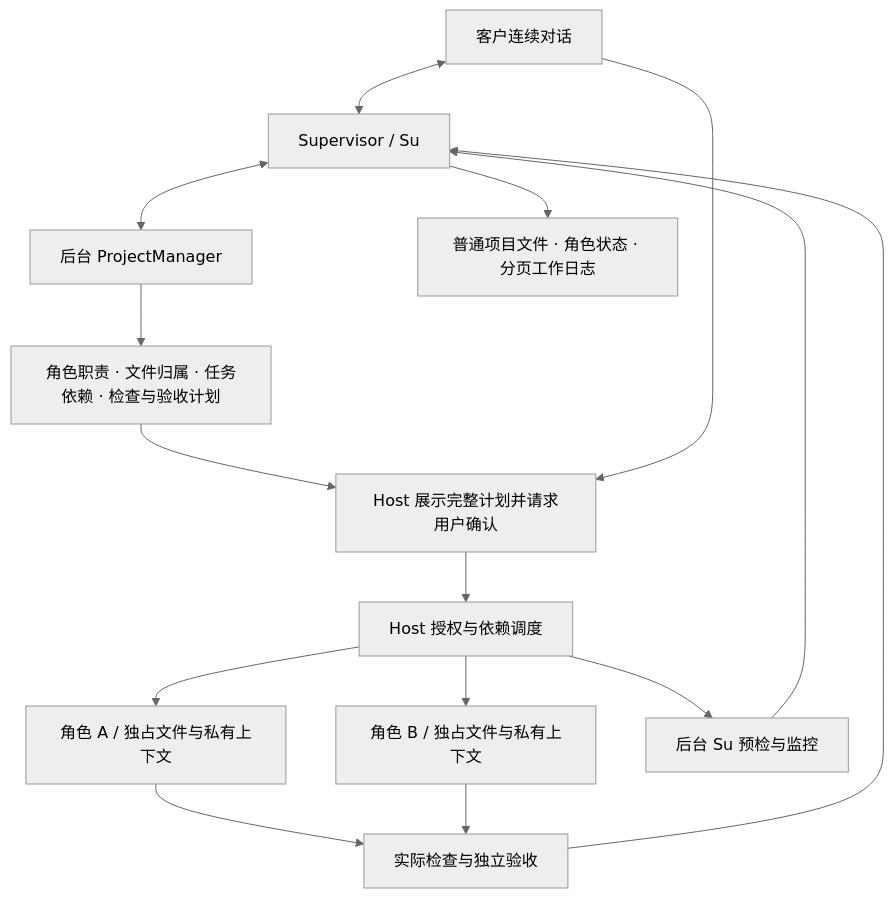
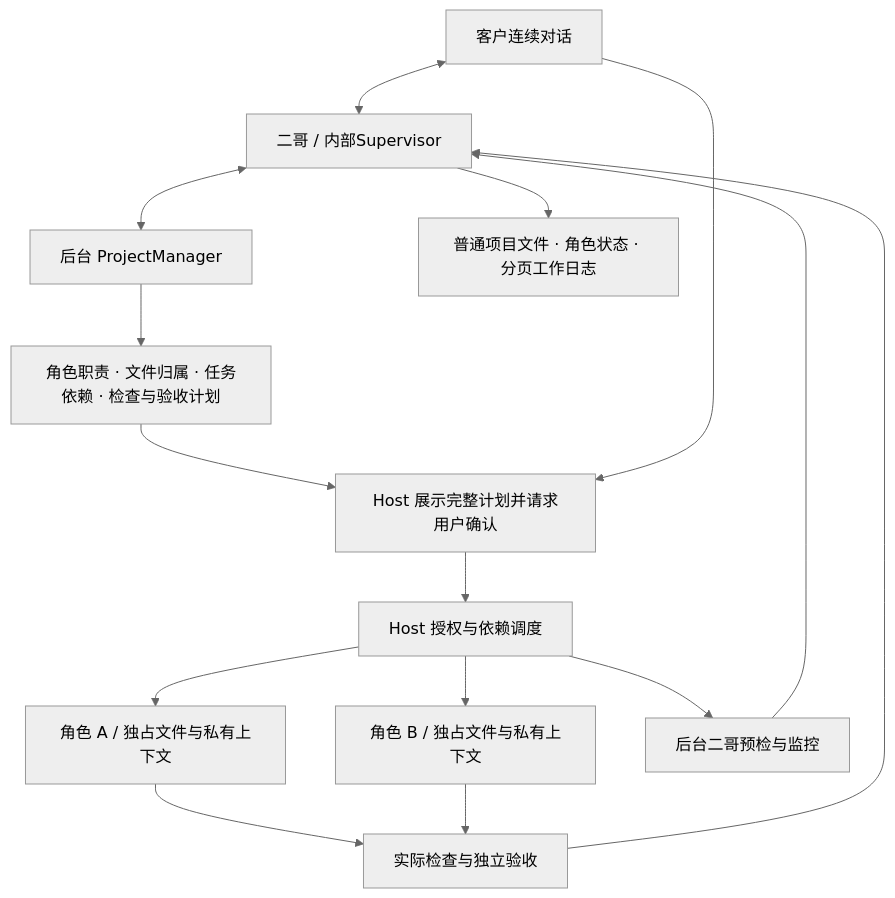
The diagram in README.md (wangzhongren/ans-legion), drawn with Mermaid (neutral theme) before and after one commit. The commit also changed other lines of this file and 110 other files, not shown here.

Commit message:
feat: deliver Er Ge desktop command center and sidebar entry

````diff
--- a/README.md
+++ b/README.md
@@ -24,17 +24,17 @@
 ```mermaid
 flowchart TD
-    U[客户连续对话] <--> Su[Supervisor / Su]
+    U[客户连续对话] <--> Su[二哥 / 内部Supervisor]
     Su <--> PM[后台 ProjectManager]
     Su --> Read[普通项目文件 · 角色状态 · 分页工作日志]
     PM --> Draft[角色职责 · 文件归属 · 任务依赖 · 检查与验收计划]
     Draft --> Confirm[Host 展示完整计划并请求用户确认]
     U --> Confirm
     Confirm --> Host[Host 授权与依赖调度]
     Host --> A[角色 A / 独占文件与私有上下文]
     Host --> B[角色 B / 独占文件与私有上下文]
     A --> Checks[实际检查与独立验收]
     B --> Checks
     Checks --> Su
-    Host --> Monitor[后台 Su 预检与监控]
+    Host --> Monitor[后台二哥预检与监控]
     Monitor --> Su
 ```
````
